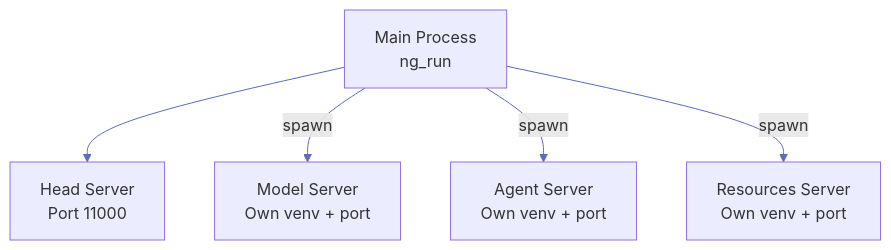
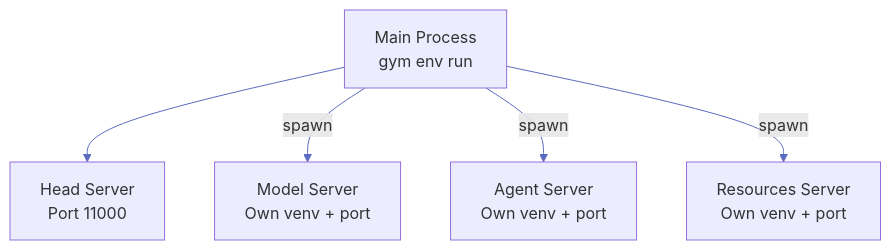
One commit to NVIDIA-NeMo/Gym changed the second of 4 diagrams in fern/versions/latest/pages/infrastructure/engineering-notes/system-design.mdx. Above: the diagram before and after it, drawn with Mermaid. The commit also changed other lines of this file and 191 other files, not shown here.

````diff
--- a/fern/versions/latest/pages/infrastructure/engineering-notes/system-design.mdx
+++ b/fern/versions/latest/pages/infrastructure/engineering-notes/system-design.mdx
@@ -45,14 +47,14 @@
 ```mermaid
 %%{init: {'theme': 'default', 'themeVariables': { 'lineColor': '#5c6bc0', 'primaryTextColor': '#333'}}}%%
 flowchart TB
-    Main["Main Process<br/>ng_run"]
+    Main["Main Process<br/>gym env run"]
     Head["Head Server<br/>Port 11000"]
     Model["Model Server<br/>Own venv + port"]
     Agent["Agent Server<br/>Own venv + port"]
     Resources["Resources Server<br/>Own venv + port"]
     
     Main --> Head
     Main -->|spawn| Model
     Main -->|spawn| Agent
     Main -->|spawn| Resources
 ```
````
